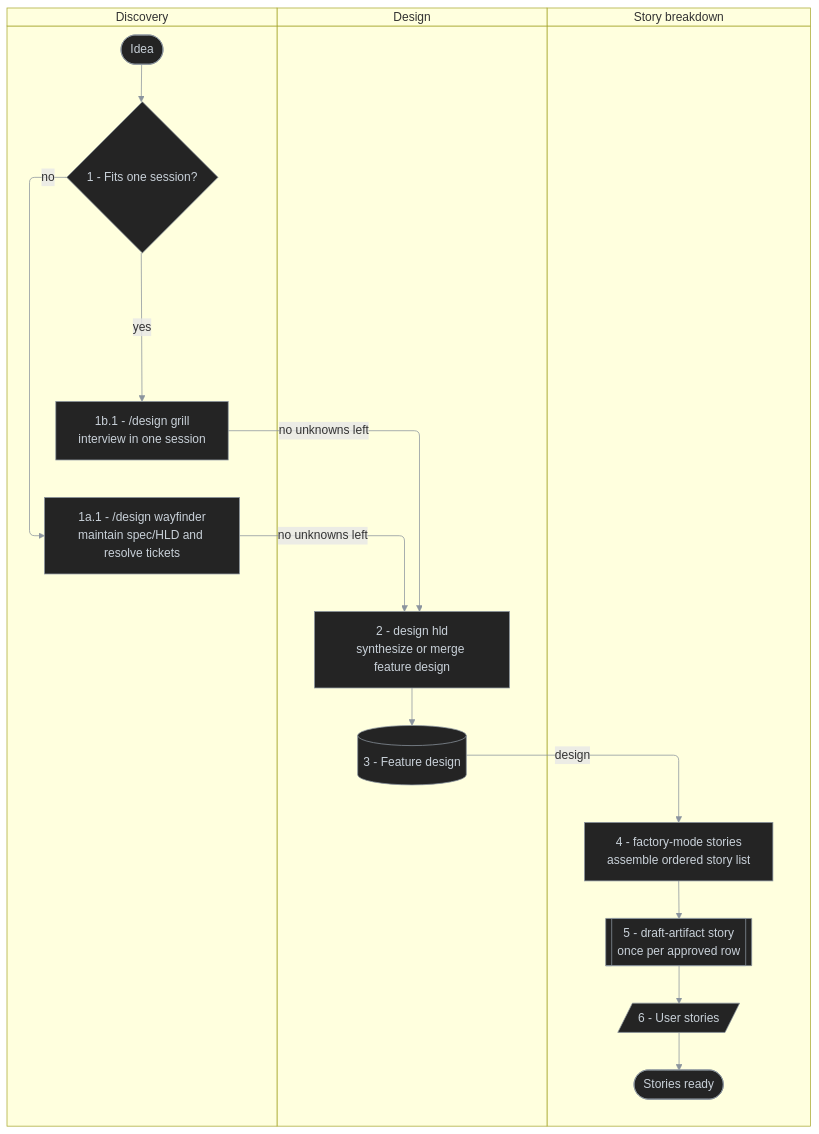
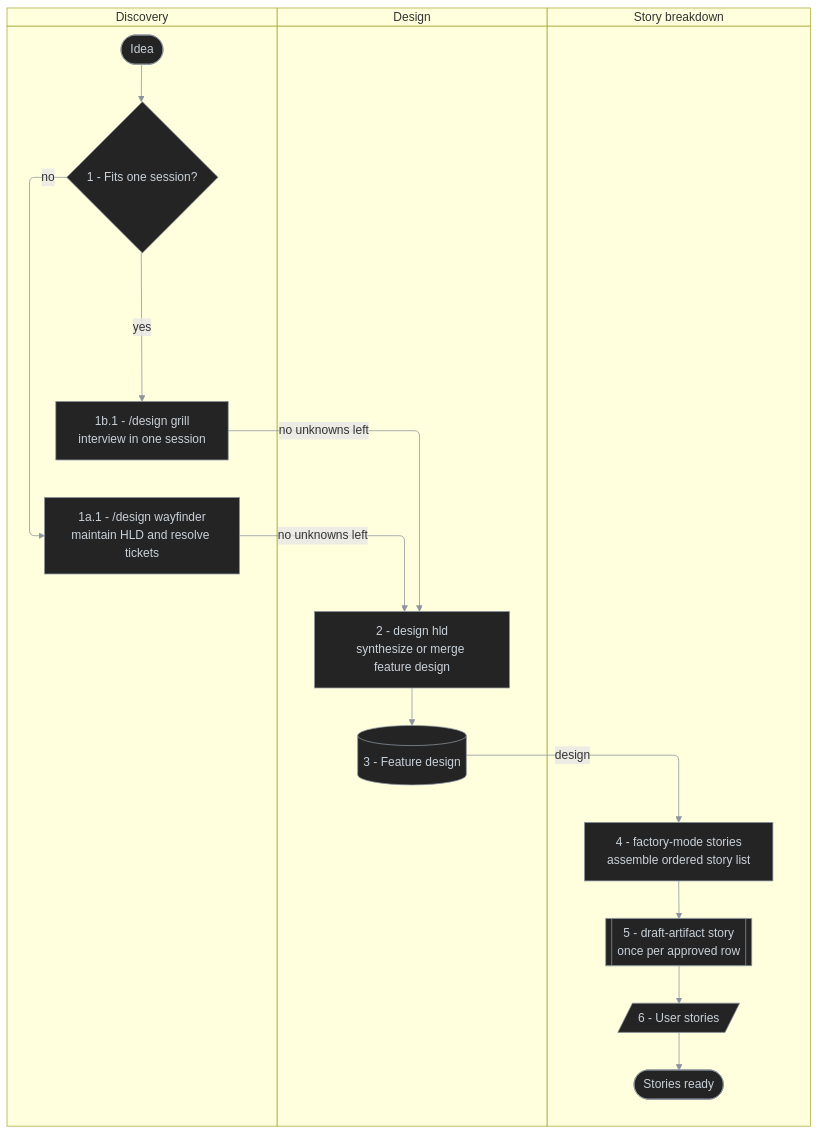
One commit to antshc/brain changed the second of 4 diagrams in plugins/wf/README.md. Above: the diagram before and after it, drawn with Mermaid. The commit also changed other lines of this file and 9 other files, not shown here.

First line of the commit message:
refactor(design): make Wayfinder output HLD only

````diff
--- a/plugins/wf/README.md
+++ b/plugins/wf/README.md
@@ -77,33 +77,33 @@
 ```mermaid
 %%{init: {'themeVariables': {'lineColor': '#8b949e'}}}%%
 %% diagram-id: wf-design-to-stories-swimlane
 swimlane-beta TB
   accTitle: Design and story breakdown responsibility
   accDescr: Shows unknowns resolved by /design wayfinder or /design grill, a feature design synthesized by design hld, and the design broken down into User stories by the factory-mode Stories playbook.
 
   subgraph discovery [Discovery]
     idea([Idea])
     effortSize{1 - Fits one session?}
-    wayfinder[1a.1 - /design wayfinder<br/>maintain spec/HLD and resolve tickets]
+    wayfinder[1a.1 - /design wayfinder<br/>maintain HLD and resolve tickets]
     grillDesign[1b.1 - /design grill<br/>interview in one session]
   end
 
   subgraph design [Design]
     toZdesign[2 - design hld<br/>synthesize or merge feature design]
     designDoc[(3 - Feature design)]
   end
 
   subgraph breakdown [Story breakdown]
     toStories[4 - factory-mode stories<br/>assemble ordered story list]
     draftStory[[5 - draft-artifact story<br/>once per approved row]]
     stories[/6 - User stories/]
     done([Stories ready])
   end
 
   idea --> effortSize
   effortSize -->|no| wayfinder -->|no unknowns left| toZdesign
   effortSize -->|yes| grillDesign -->|no unknowns left| toZdesign
   toZdesign --> designDoc -->|design| toStories --> draftStory --> stories --> done
 
   classDef default fill:#242424,stroke:#8b949e,color:#c9d1d9,stroke-width:1px
 ```
````
